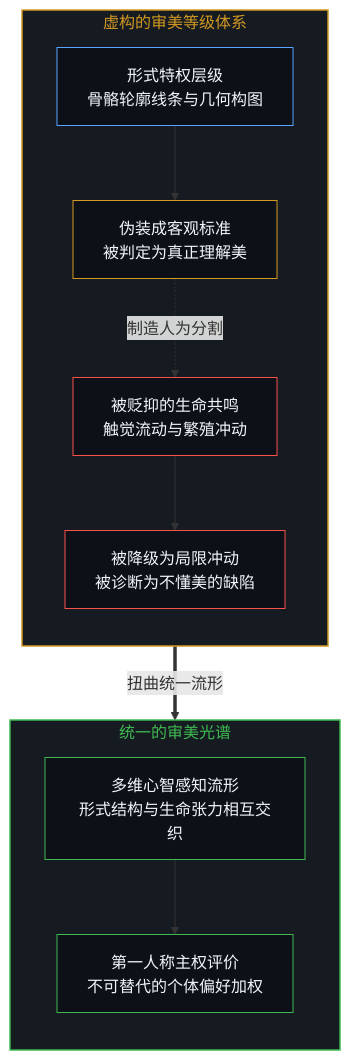
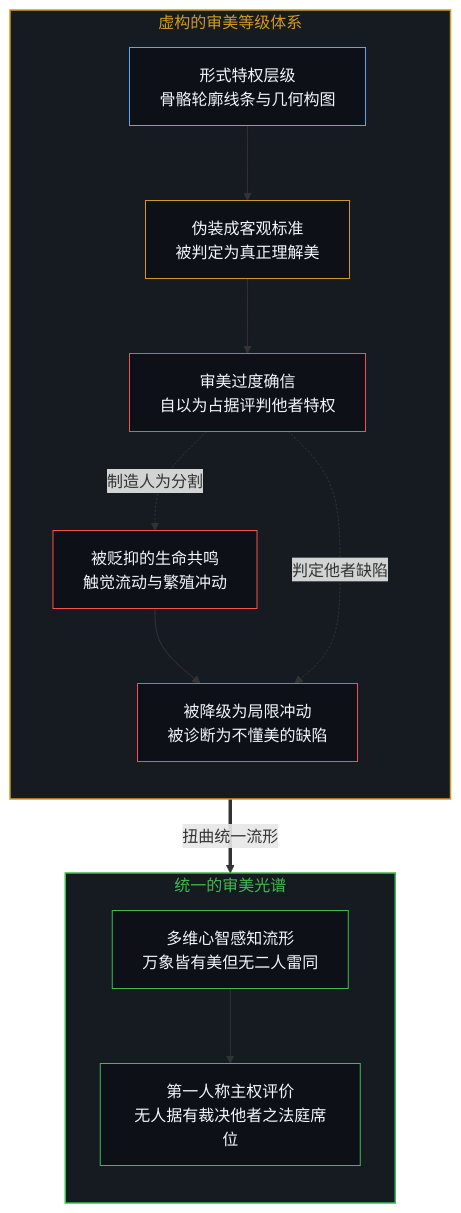
One commit to powerpig99/not-a-toe changed the third of 8 diagrams in content/posts/the-self-portrait-in-the-projection.md. Above: the diagram before and after it, drawn with Mermaid. The commit also changed other lines of this file and 4 other files, not shown here.

````diff
--- a/content/posts/the-self-portrait-in-the-projection.md
+++ b/content/posts/the-self-portrait-in-the-projection.md
@@ -79,28 +79,32 @@
 ```mermaid
 flowchart TD
   subgraph S_HIER["虚构的审美等级体系"]
     direction TB
     H_HIGH["形式特权层级<br/>骨骼轮廓线条与几何构图"]
     H_DECREE["伪装成客观标准<br/>被判定为真正理解美"]
+    H_JUDGE["审美过度确信<br/>自以为占据评判他者特权"]
     H_LOW["被贬抑的生命共鸣<br/>触觉流动与繁殖冲动"]
     H_STIGMA["被降级为局限冲动<br/>被诊断为不懂美的缺陷"]
   end
   subgraph S_LOCUS["统一的审美光谱"]
     direction TB
-    L_FIELD["多维心智感知流形<br/>形式结构与生命张力相互交织"]
-    L_SOV["第一人称主权评价<br/>不可替代的个体偏好加权"]
+    L_FIELD["多维心智感知流形<br/>万象皆有美但无二人雷同"]
+    L_SOV["第一人称主权评价<br/>无人据有裁决他者之法庭席位"]
   end
   H_HIGH --> H_DECREE
+  H_DECREE --> H_JUDGE
   H_LOW --> H_STIGMA
-  H_DECREE -.->|"制造人为分割"| H_LOW
+  H_JUDGE -.->|"制造人为分割"| H_LOW
+  H_JUDGE -.->|"判定他者缺陷"| H_STIGMA
   L_FIELD --> L_SOV
   H_STIGMA ==>|"扭曲统一流形"| L_FIELD
   style S_HIER fill:#161b22,stroke:#d29922,stroke-width:1.5px,color:#d29922
   style S_LOCUS fill:#161b22,stroke:#3fb950,stroke-width:1.5px,color:#3fb950
   style H_HIGH fill:#0d1117,stroke:#58a6ff,stroke-width:1px,color:#f0f6fc
   style H_DECREE fill:#0d1117,stroke:#d29922,stroke-width:1px,color:#f0f6fc
+  style H_JUDGE fill:#0d1117,stroke:#f85149,stroke-width:1px,color:#f0f6fc
   style H_LOW fill:#0d1117,stroke:#f85149,stroke-width:1px,color:#f0f6fc
   style H_STIGMA fill:#0d1117,stroke:#f85149,stroke-width:1px,color:#f0f6fc
   style L_FIELD fill:#0d1117,stroke:#3fb950,stroke-width:1px,color:#f0f6fc
   style L_SOV fill:#0d1117,stroke:#3fb950,stroke-width:1px,color:#f0f6fc
 ```
````
